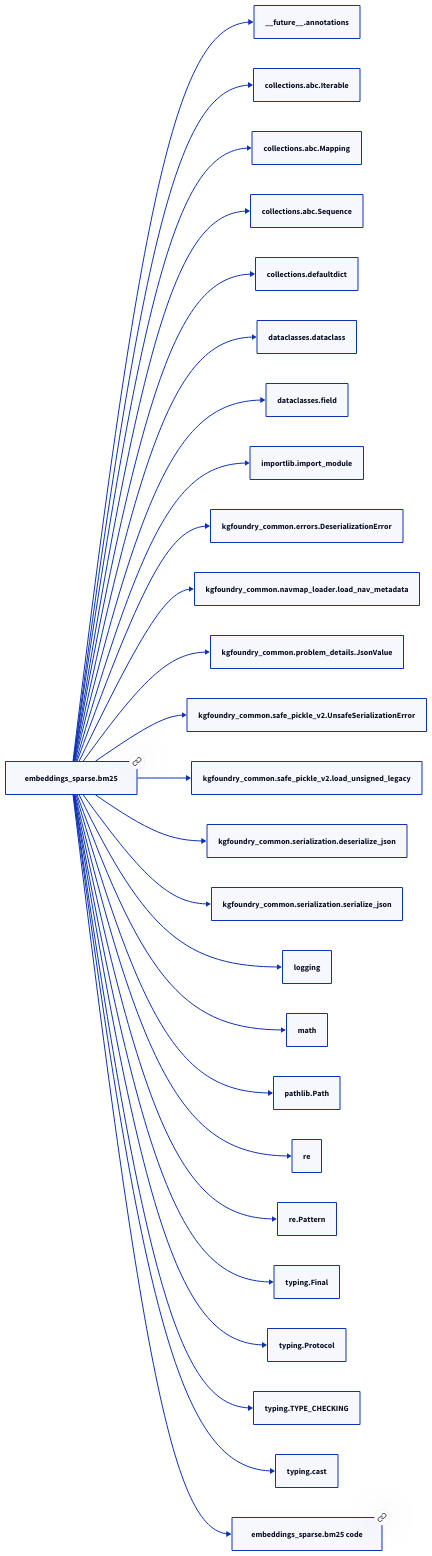
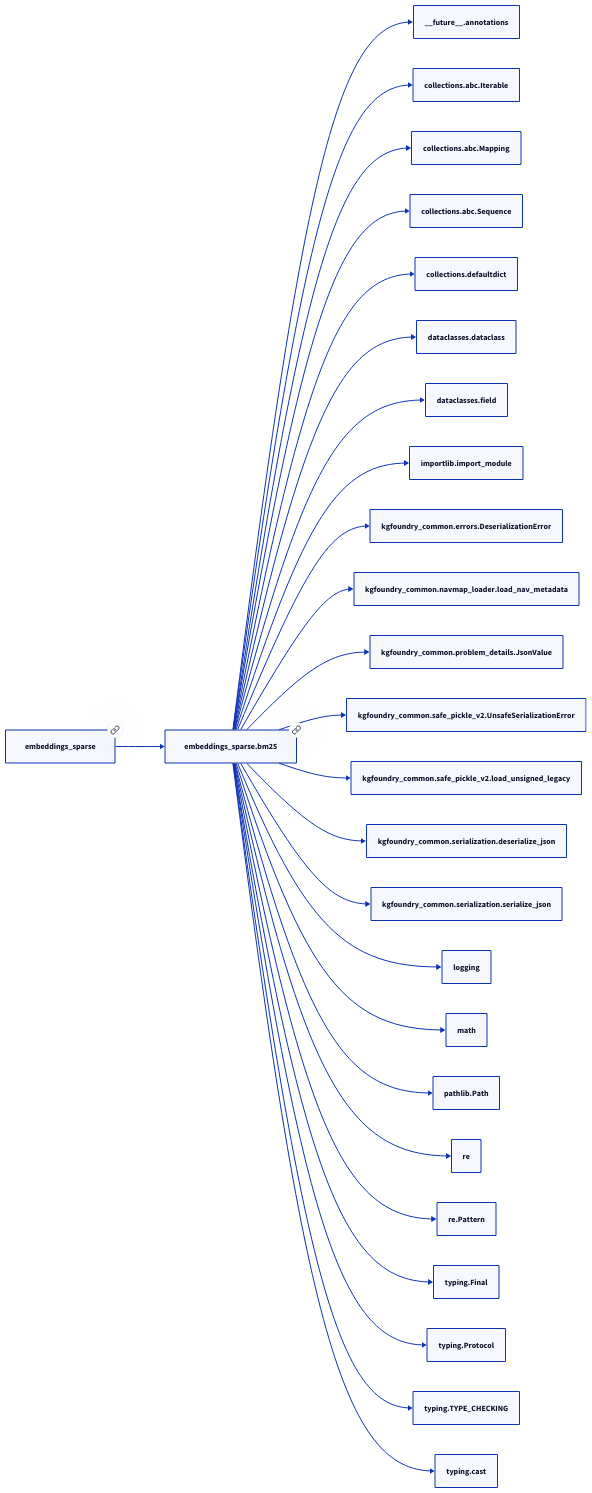
Before and after one commit to paul-heyse/kgforge: the second of 2 diagrams in docs/modules/embeddings_sparse/bm25.md, drawn with D2. The commit also changed other lines of this file and 208 other files, not shown here.

````diff
--- a/docs/modules/embeddings_sparse/bm25.md
+++ b/docs/modules/embeddings_sparse/bm25.md
@@ -118,54 +122,54 @@
 ```d2
 direction: right
-"embeddings_sparse.bm25": "embeddings_sparse.bm25" { link: "./embeddings_sparse/bm25.md" }
+"embeddings_sparse.bm25": "embeddings_sparse.bm25" { link: "https://github.com/paul-heyse/kgfoundry/blob/main/src/embeddings_sparse/bm25.py" }
 "__future__.annotations": "__future__.annotations"
 "embeddings_sparse.bm25" -> "__future__.annotations"
 "collections.abc.Iterable": "collections.abc.Iterable"
 "embeddings_sparse.bm25" -> "collections.abc.Iterable"
 "collections.abc.Mapping": "collections.abc.Mapping"
 "embeddings_sparse.bm25" -> "collections.abc.Mapping"
 "collections.abc.Sequence": "collections.abc.Sequence"
 "embeddings_sparse.bm25" -> "collections.abc.Sequence"
 "collections.defaultdict": "collections.defaultdict"
 "embeddings_sparse.bm25" -> "collections.defaultdict"
 "dataclasses.dataclass": "dataclasses.dataclass"
 "embeddings_sparse.bm25" -> "dataclasses.dataclass"
 "dataclasses.field": "dataclasses.field"
 "embeddings_sparse.bm25" -> "dataclasses.field"
 "importlib.import_module": "importlib.import_module"
 "embeddings_sparse.bm25" -> "importlib.import_module"
 "kgfoundry_common.errors.DeserializationError": "kgfoundry_common.errors.DeserializationError"
 "embeddings_sparse.bm25" -> "kgfoundry_common.errors.DeserializationError"
 "kgfoundry_common.navmap_loader.load_nav_metadata": "kgfoundry_common.navmap_loader.load_nav_metadata"
 "embeddings_sparse.bm25" -> "kgfoundry_common.navmap_loader.load_nav_metadata"
 "kgfoundry_common.problem_details.JsonValue": "kgfoundry_common.problem_details.JsonValue"
 "embeddings_sparse.bm25" -> "kgfoundry_common.problem_details.JsonValue"
 "kgfoundry_common.safe_pickle_v2.UnsafeSerializationError": "kgfoundry_common.safe_pickle_v2.UnsafeSerializationError"
 "embeddings_sparse.bm25" -> "kgfoundry_common.safe_pickle_v2.UnsafeSerializationError"
 "kgfoundry_common.safe_pickle_v2.load_unsigned_legacy": "kgfoundry_common.safe_pickle_v2.load_unsigned_legacy"
 "embeddings_sparse.bm25" -> "kgfoundry_common.safe_pickle_v2.load_unsigned_legacy"
 "kgfoundry_common.serialization.deserialize_json": "kgfoundry_common.serialization.deserialize_json"
 "embeddings_sparse.bm25" -> "kgfoundry_common.serialization.deserialize_json"
 "kgfoundry_common.serialization.serialize_json": "kgfoundry_common.serialization.serialize_json"
 "embeddings_sparse.bm25" -> "kgfoundry_common.serialization.serialize_json"
 "logging": "logging"
 "embeddings_sparse.bm25" -> "logging"
 "math": "math"
 "embeddings_sparse.bm25" -> "math"
 "pathlib.Path": "pathlib.Path"
 "embeddings_sparse.bm25" -> "pathlib.Path"
 "re": "re"
 "embeddings_sparse.bm25" -> "re"
 "re.Pattern": "re.Pattern"
 "embeddings_sparse.bm25" -> "re.Pattern"
 "typing.Final": "typing.Final"
 "embeddings_sparse.bm25" -> "typing.Final"
 "typing.Protocol": "typing.Protocol"
 "embeddings_sparse.bm25" -> "typing.Protocol"
 "typing.TYPE_CHECKING": "typing.TYPE_CHECKING"
 "embeddings_sparse.bm25" -> "typing.TYPE_CHECKING"
 "typing.cast": "typing.cast"
 "embeddings_sparse.bm25" -> "typing.cast"
-"embeddings_sparse.bm25_code": "embeddings_sparse.bm25 code" { link: "https://github.com/kgfoundry/kgfoundry/blob/main/src/embeddings_sparse/bm25.py" }
-"embeddings_sparse.bm25" -> "embeddings_sparse.bm25_code" { style: dashed }
+"embeddings_sparse": "embeddings_sparse" { link: "https://github.com/paul-heyse/kgfoundry/blob/main/src/embeddings_sparse/__init__.py" }
+"embeddings_sparse" -> "embeddings_sparse.bm25" { style: dashed }
 ```
````
